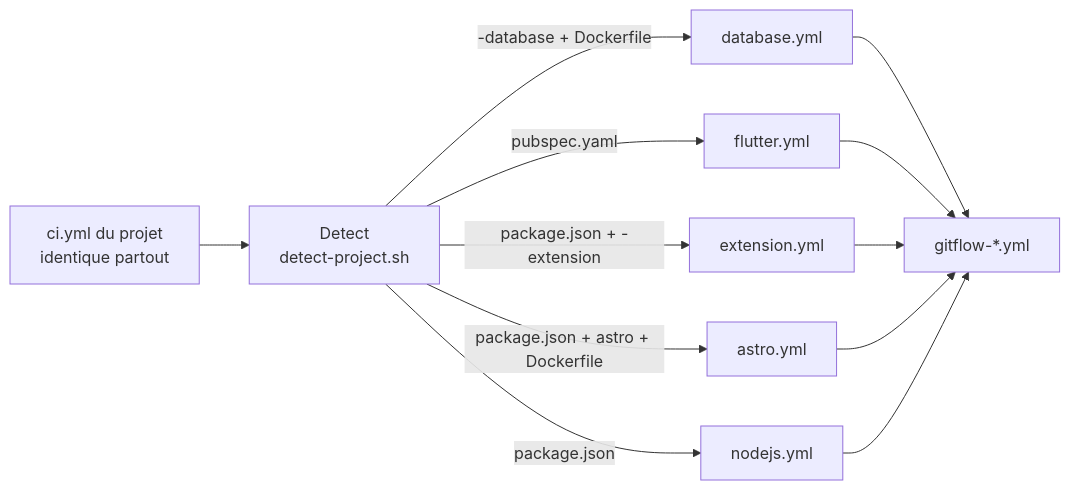
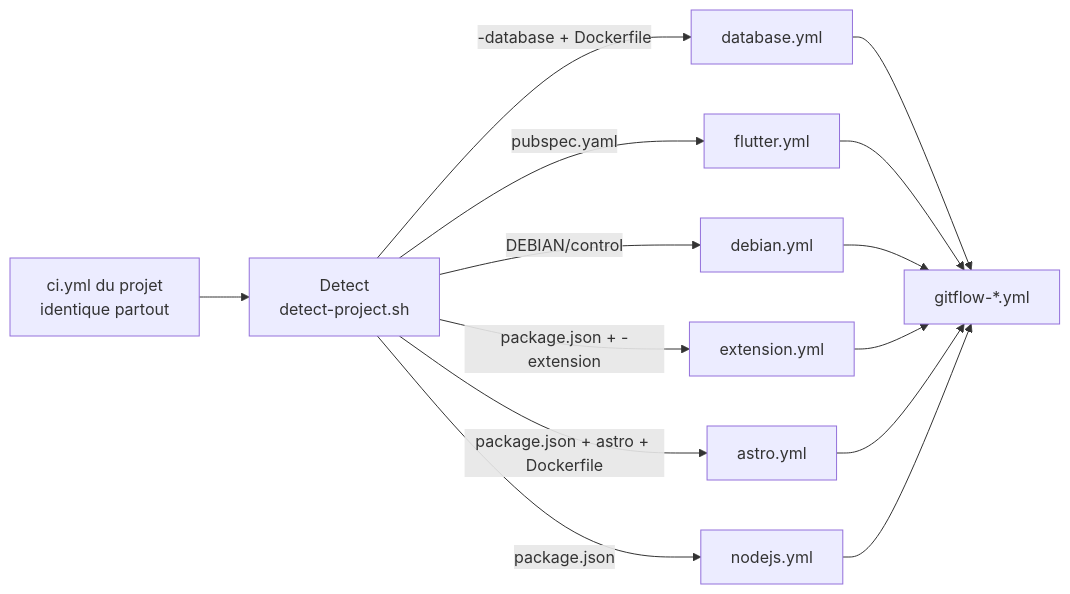
The diagram in auto/README.md (FloRobart/github-ci), drawn with Mermaid before and after one commit. The commit also changed other lines of this file and 24 other files, not shown here.

````diff
--- a/auto/README.md
+++ b/auto/README.md
@@ -5,10 +5,11 @@
 ```mermaid
 flowchart LR
     project["ci.yml du projet<br/>identique partout"] --> detect["Detect<br/>detect-project.sh"]
     detect -- "-database + Dockerfile" --> database["database.yml"]
     detect -- "pubspec.yaml" --> flutter["flutter.yml"]
+    detect -- "DEBIAN/control" --> debian["debian.yml"]
     detect -- "package.json + -extension" --> extension["extension.yml"]
     detect -- "package.json + astro + Dockerfile" --> astro["astro.yml"]
     detect -- "package.json" --> nodejs["nodejs.yml"]
-    database & flutter & extension & astro & nodejs --> gitflow["gitflow-*.yml"]
+    database & flutter & debian & extension & astro & nodejs --> gitflow["gitflow-*.yml"]
 ```
````
